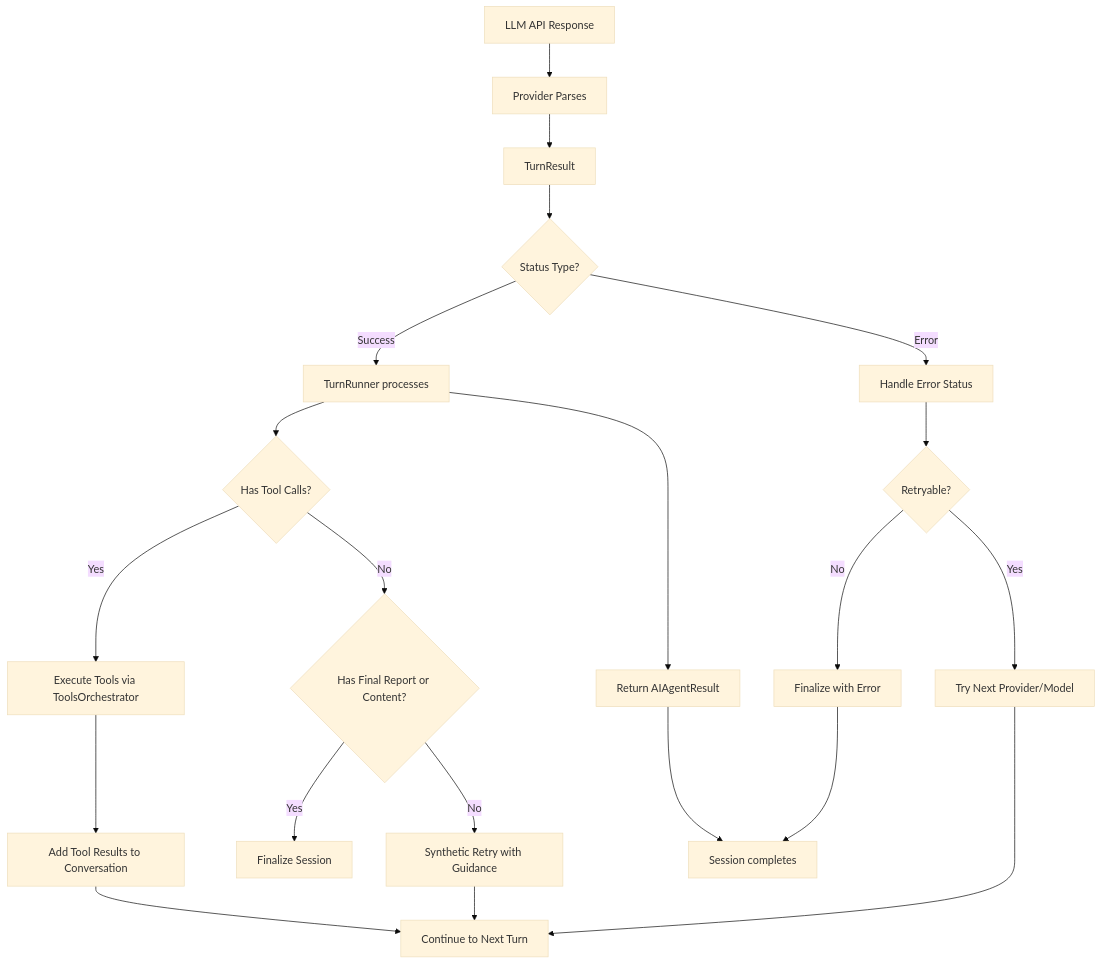
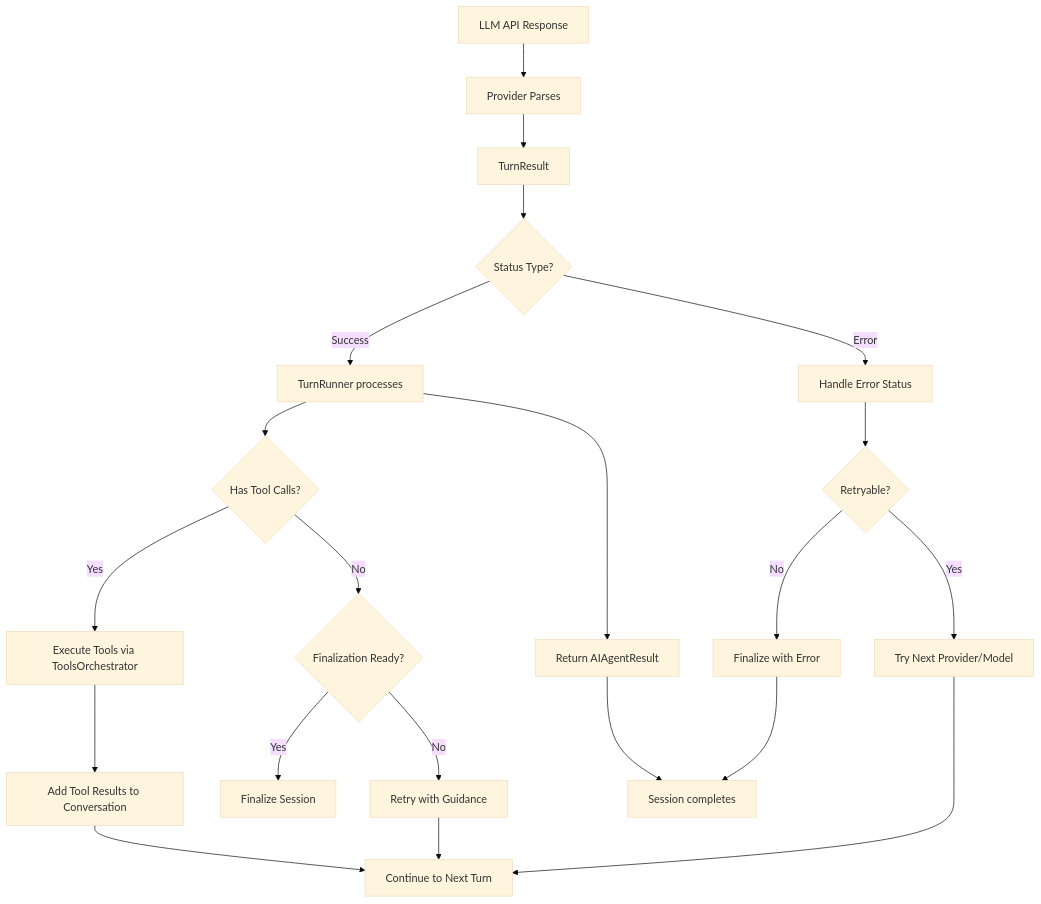
The third of 3 diagrams in docs/Technical-Specs-Architecture.md (netdata/netdata), drawn with Mermaid (base theme) before and after one commit. The commit also changed other lines of this file and 42 other files, not shown here.

````diff
--- a/docs/Technical-Specs-Architecture.md
+++ b/docs/Technical-Specs-Architecture.md
@@ -313,28 +313,28 @@
 ```mermaid
 flowchart TD
     Response[LLM API Response] --> Parse[Provider Parses]
     Parse --> Result[TurnResult]
     Result --> Status{Status Type?}
 
     Status -->|Success| TurnRunner[TurnRunner processes]
     TurnRunner --> Check{Has Tool Calls?}
 
     Check -->|Yes| Execute[Execute Tools via ToolsOrchestrator]
     Execute --> AddResults[Add Tool Results to Conversation]
     AddResults --> NextTurn[Continue to Next Turn]
 
-    Check -->|No| Final{Has Final Report or Content?}
+    Check -->|No| Final{Finalization Ready?}
     Final -->|Yes| Finalize[Finalize Session]
-    Final -->|No| Retry[Synthetic Retry with Guidance]
+    Final -->|No| Retry[Retry with Guidance]
 
     Retry --> NextTurn
     TurnRunner --> FinalResult[Return AIAgentResult]
     FinalResult --> Session[Session completes]
 
     Status -->|Error| HandleError[Handle Error Status]
     HandleError --> RetryCheck{Retryable?}
     RetryCheck -->|Yes| NextProvider[Try Next Provider/Model]
     RetryCheck -->|No| FinalError[Finalize with Error]
     NextProvider --> NextTurn
     FinalError --> Session
 ```
````
